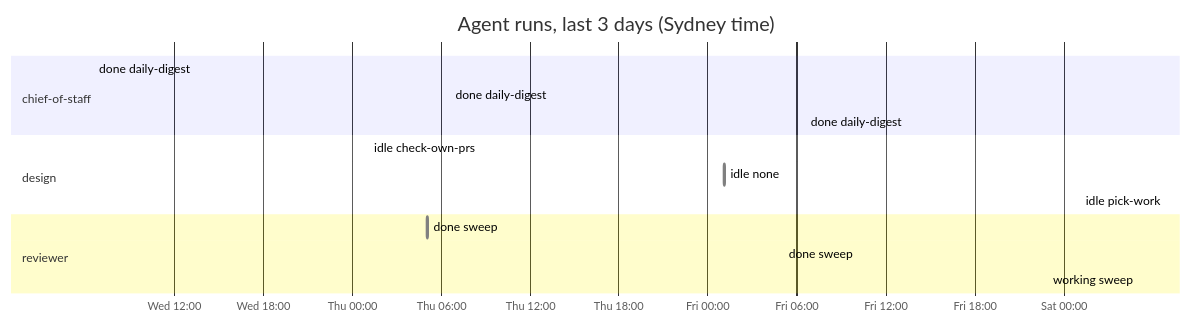
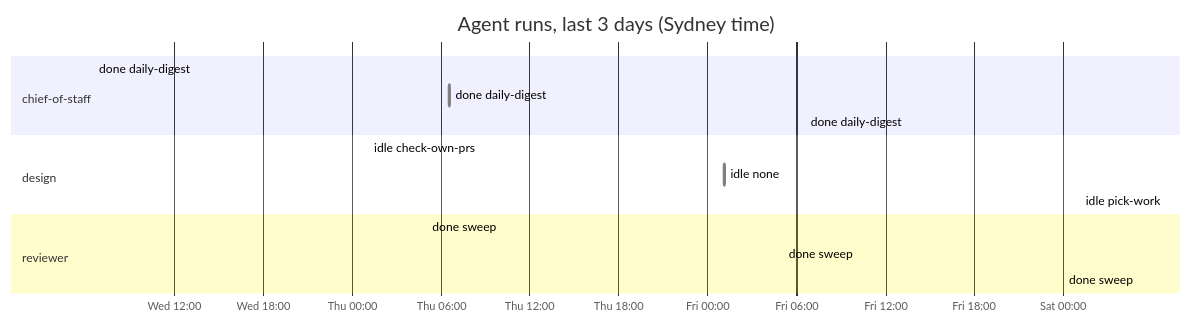
One commit to roulmediateam-byte/fifteen-expert-hq changed the diagram in dashboard.md. Above: the diagram before and after it, drawn with Mermaid. The commit also changed other lines of this file and 1 other file, not shown here.

````diff
--- a/dashboard.md
+++ b/dashboard.md
@@ -55,18 +55,18 @@
 ```mermaid
 gantt
     title Agent runs, last 3 days (Sydney time)
     dateFormat YYYY-MM-DD HH:mm
     axisFormat %a %H:%M
     section chief-of-staff
     done daily-digest :done, 2026-11-25 06:34, 2026-11-25 06:35
     done daily-digest :done, 2026-11-26 06:35, 2026-11-26 06:36
     done daily-digest :done, 2026-11-27 06:35, 2026-11-27 06:36
     section design
     idle check-own-prs :done, 2026-11-26 01:09, 2026-11-26 01:09
     idle none :done, 2026-11-27 01:08, 2026-11-27 01:09
     idle pick-work :done, 2026-11-28 01:09, 2026-11-28 01:09
     section reviewer
     done sweep :done, 2026-11-26 05:05, 2026-11-26 05:06
     done sweep :done, 2026-11-27 05:05, 2026-11-27 05:06
-    working sweep :active, 2026-11-28 05:05, 2026-11-28 05:05
+    done sweep :done, 2026-11-28 05:05, 2026-11-28 05:06
 ```
````
